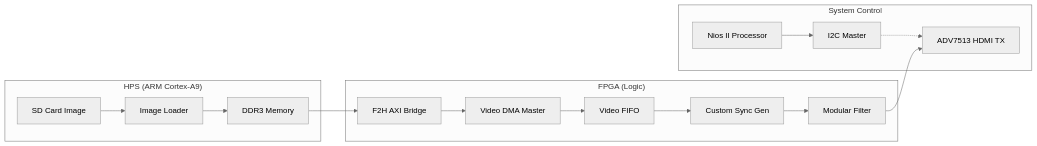
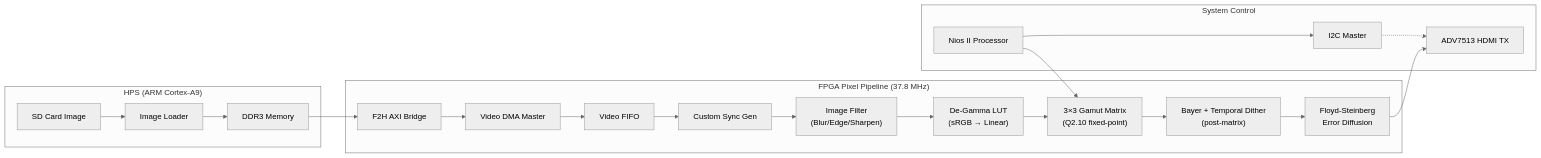
Before and after one commit to bccha/video_processing: the diagram in doc/DESIGN.md, drawn with Mermaid (neutral theme). The commit also changed other lines of this file and 17 other files, not shown here.

Commit message:
Upgrade video pipeline internal precision to 12-bit and refine dither control

````diff
--- a/doc/DESIGN.md
+++ b/doc/DESIGN.md
@@ -12,23 +12,28 @@
 ```mermaid
 graph LR
     subgraph "HPS (ARM Cortex-A9)"
         SD[SD Card Image] --> SW_Load[Image Loader]
         SW_Load --> DDR[DDR3 Memory]
     end
 
-    subgraph "FPGA (Logic)"
+    subgraph "FPGA Pixel Pipeline (37.8 MHz)"
         DDR --> AXI[F2H AXI Bridge]
         AXI --> V_DMA[Video DMA Master]
         V_DMA --> FIFO[Video FIFO]
         FIFO --> SGEN[Custom Sync Gen]
-        SGEN --> FLT[Modular Filter]
+        SGEN --> FLT["Image Filter\n(Blur/Edge/Sharpen)"]
+        FLT --> DG["De-Gamma LUT\n(sRGB → Linear)"]
+        DG --> CM["3×3 Gamut Matrix\n(Q2.10 fixed-point)"]
+        CM --> DTH["Bayer + Temporal Dither\n(post-matrix)"] 
+        DTH --> ERR["Floyd-Steinberg\nError Diffusion"]
     end
 
     subgraph "System Control"
         Nios[Nios II Processor]
         Nios --> I2C[I2C Master]
+        Nios --> CM
         I2C -.-> HDMI_Chip[ADV7513 HDMI TX]
     end
 
-    FLT --> HDMI_Chip
+    ERR --> HDMI_Chip
 ```
````
